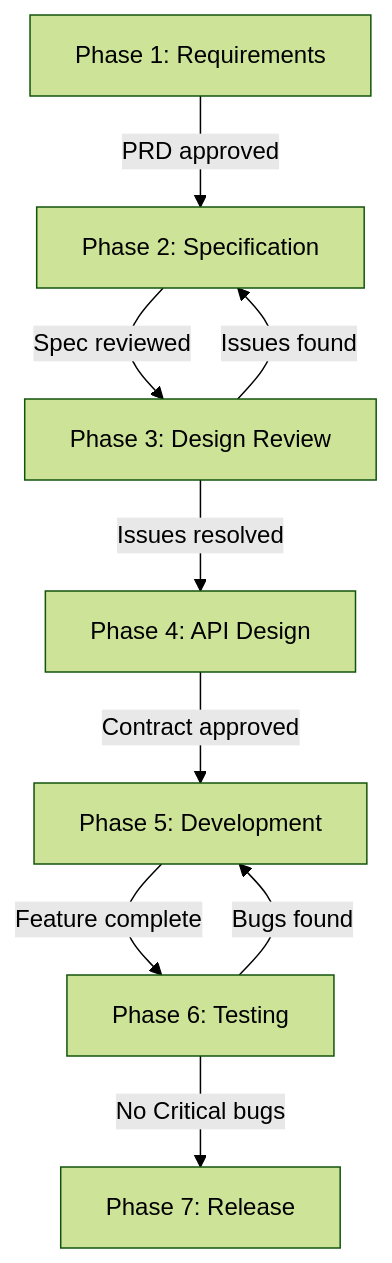
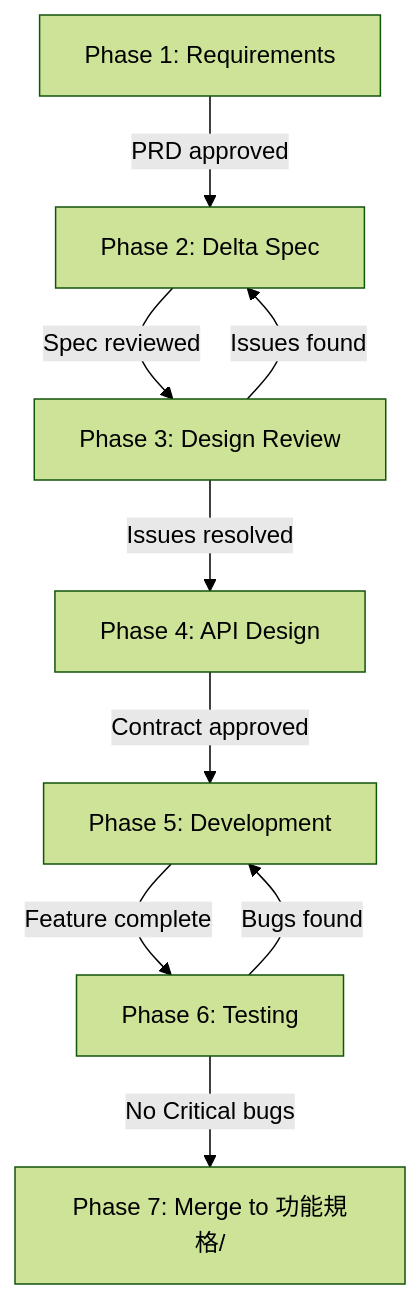
Before and after one commit to nole2466/product-spec-generator: the first of 5 diagrams in skills/scrum-master/SKILL.md, drawn with Mermaid (forest theme). The commit also changed other lines of this file and 17 other files, not shown here.

````diff
--- a/skills/scrum-master/SKILL.md
+++ b/skills/scrum-master/SKILL.md
@@ -26,12 +41,12 @@
 ```mermaid
 flowchart TD
-    A[Phase 1: Requirements] -->|PRD approved| B[Phase 2: Specification]
+    A[Phase 1: Requirements] -->|PRD approved| B[Phase 2: Delta Spec]
     B -->|Spec reviewed| C[Phase 3: Design Review]
     C -->|Issues resolved| D[Phase 4: API Design]
     D -->|Contract approved| E[Phase 5: Development]
     E -->|Feature complete| F[Phase 6: Testing]
-    F -->|No Critical bugs| G[Phase 7: Release]
+    F -->|No Critical bugs| G[Phase 7: Merge to 功能規格/]
 
     C -->|Issues found| B
     F -->|Bugs found| E
 ```
````
